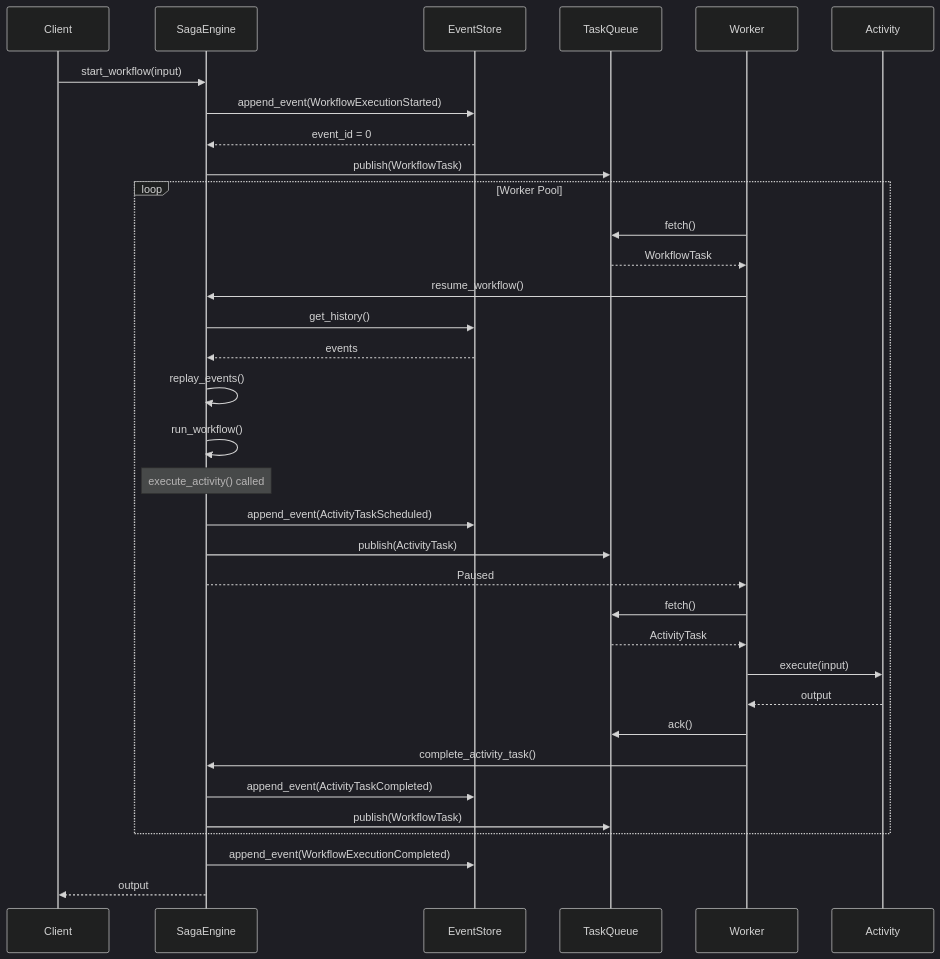
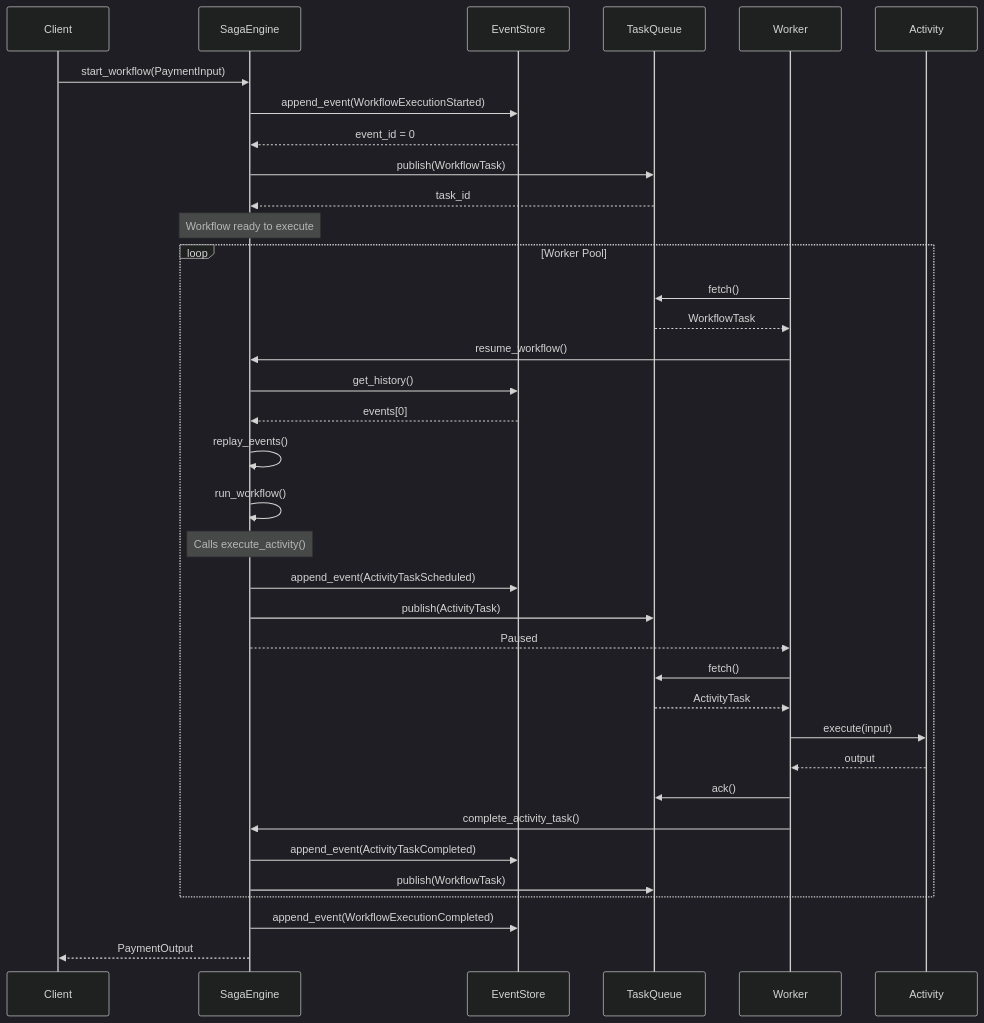
Before and after one commit to Rubentxu/hodei-jobs: diagram 13 of 20 in docs/manuales/SAGA_ENGINE_DEVELOPER_MANUAL_en.md, drawn with Mermaid (dark theme). The commit also changed other lines of this file and 7 other files, not shown here.

First line of the commit message:
docs(saga-engine): enhance manuals with beginner-friendly tutorials

````diff
--- a/docs/manuales/SAGA_ENGINE_DEVELOPER_MANUAL_en.md
+++ b/docs/manuales/SAGA_ENGINE_DEVELOPER_MANUAL_en.md
@@ -340,44 +1008,49 @@
 ```mermaid
 sequenceDiagram
-    participant Client
-    participant SagaEngine
-    participant EventStore
-    participant TaskQueue
-    participant Worker
-    participant Activity
+    participant C as Client
+    participant E as SagaEngine
+    participant ES as EventStore
+    participant TQ as TaskQueue
+    participant W as Worker
+    participant A as Activity
     
-    Client->>SagaEngine: start_workflow(input)
-    SagaEngine->>EventStore: append_event(WorkflowExecutionStarted)
-    EventStore-->>SagaEngine: event_id = 0
-    SagaEngine->>TaskQueue: publish(WorkflowTask)
+    C->>E: start_workflow(PaymentInput)
+    E->>ES: append_event(WorkflowExecutionStarted)
+    ES-->>E: event_id = 0
+    
+    E->>TQ: publish(WorkflowTask)
+    TQ-->>E: task_id
+    
+    Note over E: Workflow ready to execute
     
     loop Worker Pool
-        Worker->>TaskQueue: fetch()
-        TaskQueue-->>Worker: WorkflowTask
-        Worker->>SagaEngine: resume_workflow()
+        W->>TQ: fetch()
+        TQ-->>W: WorkflowTask
+        W->>E: resume_workflow()
         
-        SagaEngine->>EventStore: get_history()
-        EventStore-->>SagaEngine: events
+        E->>ES: get_history()
+        ES-->>E: events[0]
         
-        SagaEngine->>SagaEngine: replay_events()
-        SagaEngine->>SagaEngine: run_workflow()
+        E->>E: replay_events()
+        E->>E: run_workflow()
         
-        Note over SagaEngine: execute_activity() called
-        SagaEngine->>EventStore: append_event(ActivityTaskScheduled)
-        SagaEngine->>TaskQueue: publish(ActivityTask)
-        SagaEngine-->>Worker: Paused
+        Note over E: Calls execute_activity()
         
-        Worker->>TaskQueue: fetch()
-        TaskQueue-->>Worker: ActivityTask
-        Worker->>Activity: execute(input)
-        Activity-->>Worker: output
-        Worker->>TaskQueue: ack()
+        E->>ES: append_event(ActivityTaskScheduled)
+        E->>TQ: publish(ActivityTask)
+        E-->>W: Paused
         
-        Worker->>SagaEngine: complete_activity_task()
-        SagaEngine->>EventStore: append_event(ActivityTaskCompleted)
-        SagaEngine->>TaskQueue: publish(WorkflowTask)
+        W->>TQ: fetch()
+        TQ-->>W: ActivityTask
+        W->>A: execute(input)
+        A-->>W: output
+        W->>TQ: ack()
+        
+        W->>E: complete_activity_task()
+        E->>ES: append_event(ActivityTaskCompleted)
+        E->>TQ: publish(WorkflowTask)
     end
     
-    SagaEngine->>EventStore: append_event(WorkflowExecutionCompleted)
-    SagaEngine-->>Client: output
+    E->>ES: append_event(WorkflowExecutionCompleted)
+    E-->>C: PaymentOutput
 ```
````
